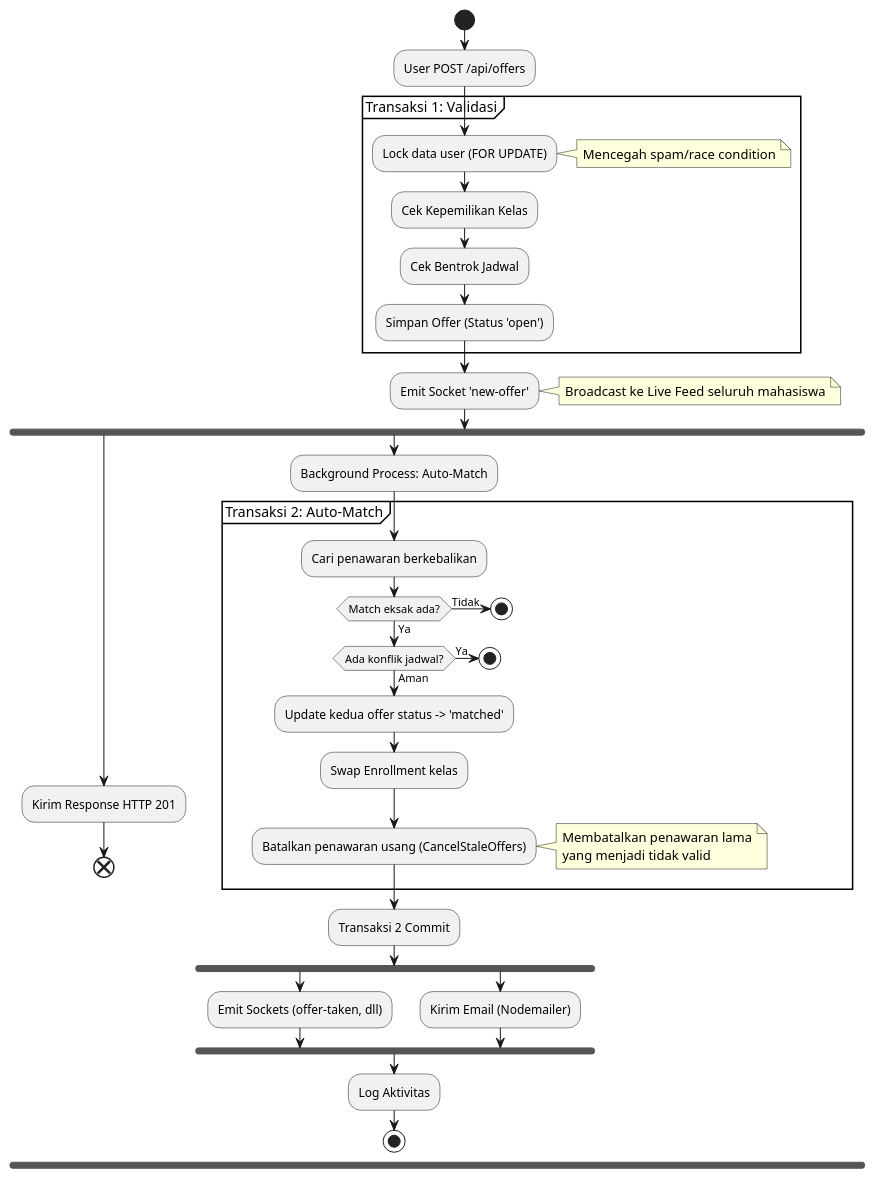
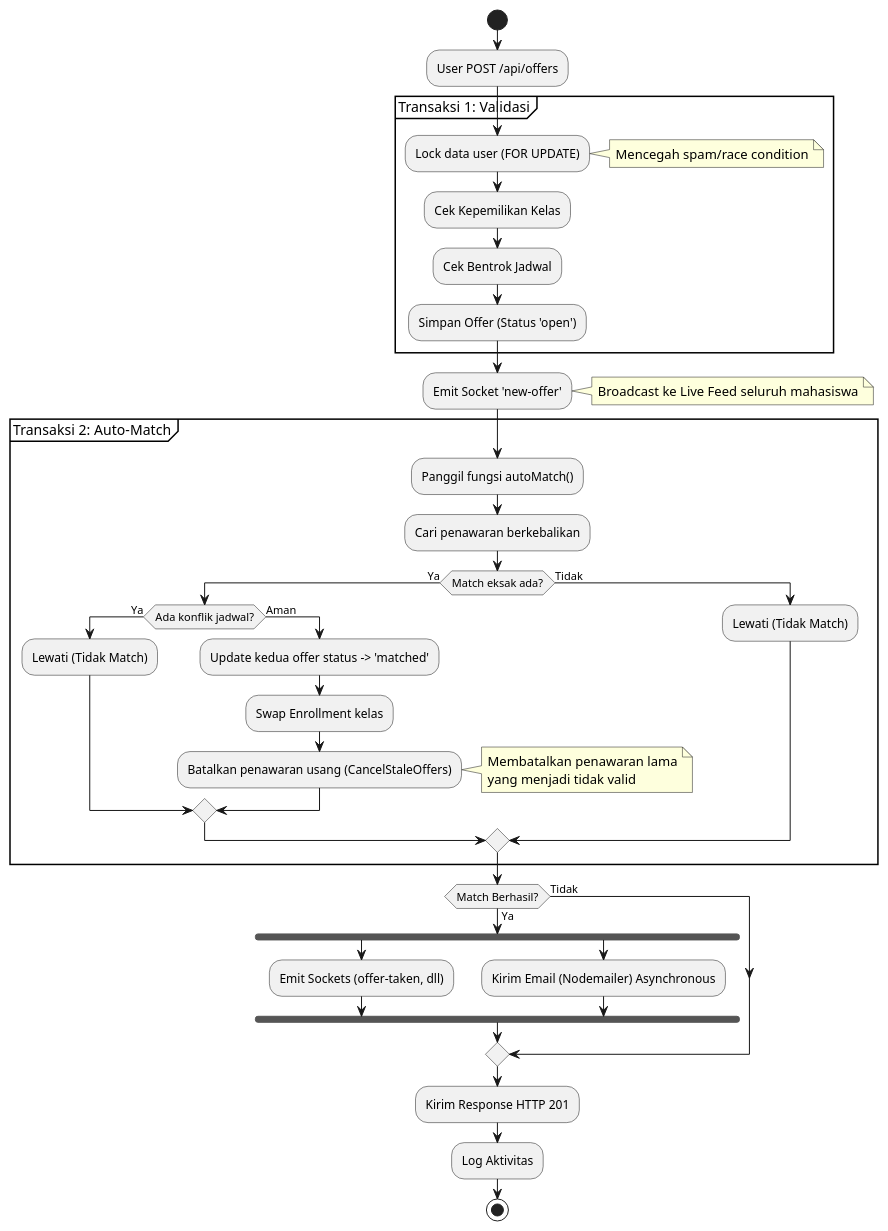
Before and after one commit to gimigkk/KRSwitch-backend: the third of 4 diagrams in laporan_akhir_bab_3_barter.md, drawn with PlantUML. The commit also changed other lines of this file, not shown here.

Commit message:
docs: laporan final?

````diff
--- a/laporan_akhir_bab_3_barter.md
+++ b/laporan_akhir_bab_3_barter.md
@@ -143,44 +143,44 @@
 ```plantuml
 @startuml
 start
 :User POST /api/offers;
 partition "Transaksi 1: Validasi" {
   :Lock data user (FOR UPDATE);
   note right: Mencegah spam/race condition
   :Cek Kepemilikan Kelas;
   :Cek Bentrok Jadwal;
   :Simpan Offer (Status 'open');
 }
 :Emit Socket 'new-offer';
 note right: Broadcast ke Live Feed seluruh mahasiswa
-fork
-  :Kirim Response HTTP 201;
-  end
-fork again
-  :Background Process: Auto-Match;
-  partition "Transaksi 2: Auto-Match" {
-    :Cari penawaran berkebalikan;
-    if (Match eksak ada?) then (Ya)
-      if (Ada konflik jadwal?) then (Ya)
-        stop
-      else (Aman)
-        :Update kedua offer status -> 'matched';
-        :Swap Enrollment kelas;
-        :Batalkan penawaran usang (CancelStaleOffers);
-        note right: Membatalkan penawaran lama\nyang menjadi tidak valid
-      endif
-    else (Tidak)
-      stop
+partition "Transaksi 2: Auto-Match" {
+  :Panggil fungsi autoMatch();
+  :Cari penawaran berkebalikan;
+  if (Match eksak ada?) then (Ya)
+    if (Ada konflik jadwal?) then (Ya)
+      :Lewati (Tidak Match);
+    else (Aman)
+      :Update kedua offer status -> 'matched';
+      :Swap Enrollment kelas;
+      :Batalkan penawaran usang (CancelStaleOffers);
+      note right: Membatalkan penawaran lama\nyang menjadi tidak valid
     endif
-  }
-  :Transaksi 2 Commit;
+  else (Tidak)
+    :Lewati (Tidak Match);
+  endif
+}
+
+if (Match Berhasil?) then (Ya)
   fork
     :Emit Sockets (offer-taken, dll);
   fork again
-    :Kirim Email (Nodemailer);
+    :Kirim Email (Nodemailer) Asynchronous;
   end fork
-  :Log Aktivitas;
-  stop
-end fork
+else (Tidak)
+endif
+
+:Kirim Response HTTP 201;
+:Log Aktivitas;
+stop
 @enduml
 ```
````
